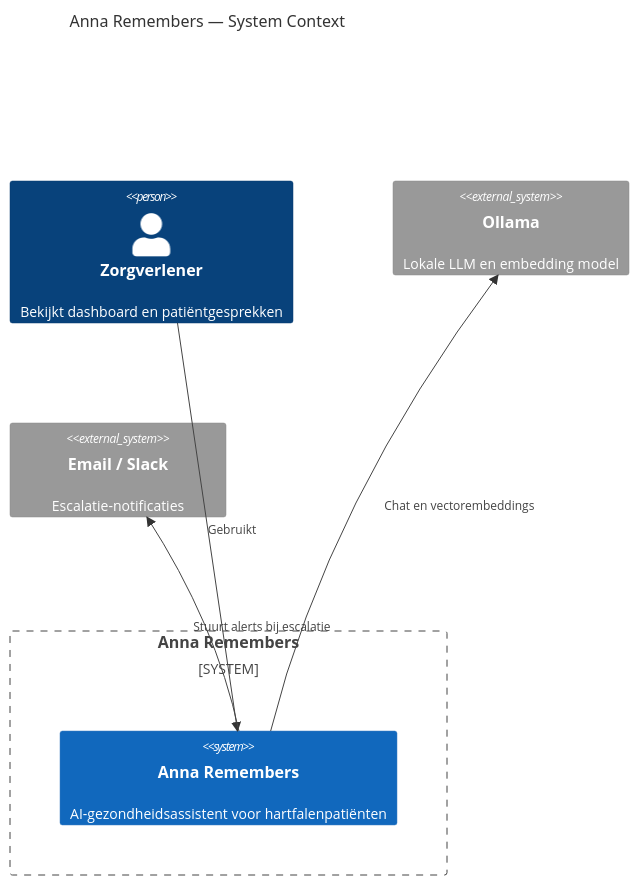
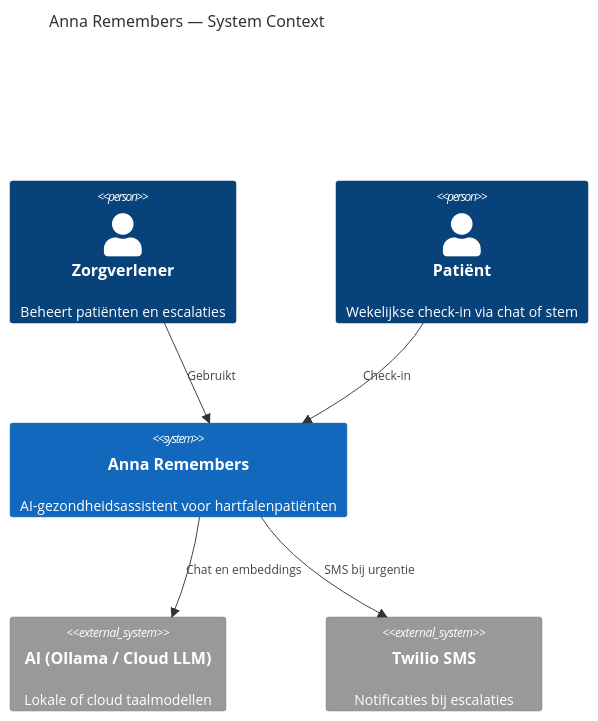
One commit to nickvanhooff/anna-remembers changed the first of 5 diagrams in portfolio/evidence/evidence_01_c4_architectuur.md. Above: the diagram before and after it, drawn with Mermaid. The commit also changed other lines of this file and 3 other files, not shown here.

Commit message:
docs: update C4 diagrams, add evidence 10, clean up dev.db artifact

````diff
--- a/portfolio/evidence/evidence_01_c4_architectuur.md
+++ b/portfolio/evidence/evidence_01_c4_architectuur.md
@@ -12,17 +12,17 @@
 ```mermaid
 C4Context
     title Anna Remembers — System Context
 
-    Person(user, "Zorgverlener", "Bekijkt dashboard en patiëntgesprekken")
+    Person(zorgverlener, "Zorgverlener", "Beheert patiënten en escalaties")
+    Person(patient, "Patiënt", "Wekelijkse check-in via chat of stem")
 
-    System_Boundary(anna, "Anna Remembers") {
-        System(app, "Anna Remembers", "AI-gezondheidsassistent voor hartfalenpatiënten")
-    }
+    System(app, "Anna Remembers", "AI-gezondheidsassistent voor hartfalenpatiënten")
 
-    System_Ext(ollama, "Ollama", "Lokale LLM en embedding model")
-    System_Ext(notif, "Email / Slack", "Escalatie-notificaties")
+    System_Ext(ai, "AI (Ollama / Cloud LLM)", "Lokale of cloud taalmodellen")
+    System_Ext(twilio, "Twilio SMS", "Notificaties bij escalaties")
 
-    Rel(user, app, "Gebruikt")
-    Rel(app, ollama, "Chat en vectorembeddings")
-    Rel(app, notif, "Stuurt alerts bij escalatie")
+    Rel(zorgverlener, app, "Gebruikt")
+    Rel(patient, app, "Check-in")
+    Rel(app, ai, "Chat en embeddings")
+    Rel(app, twilio, "SMS bij urgentie")
 ```
````
